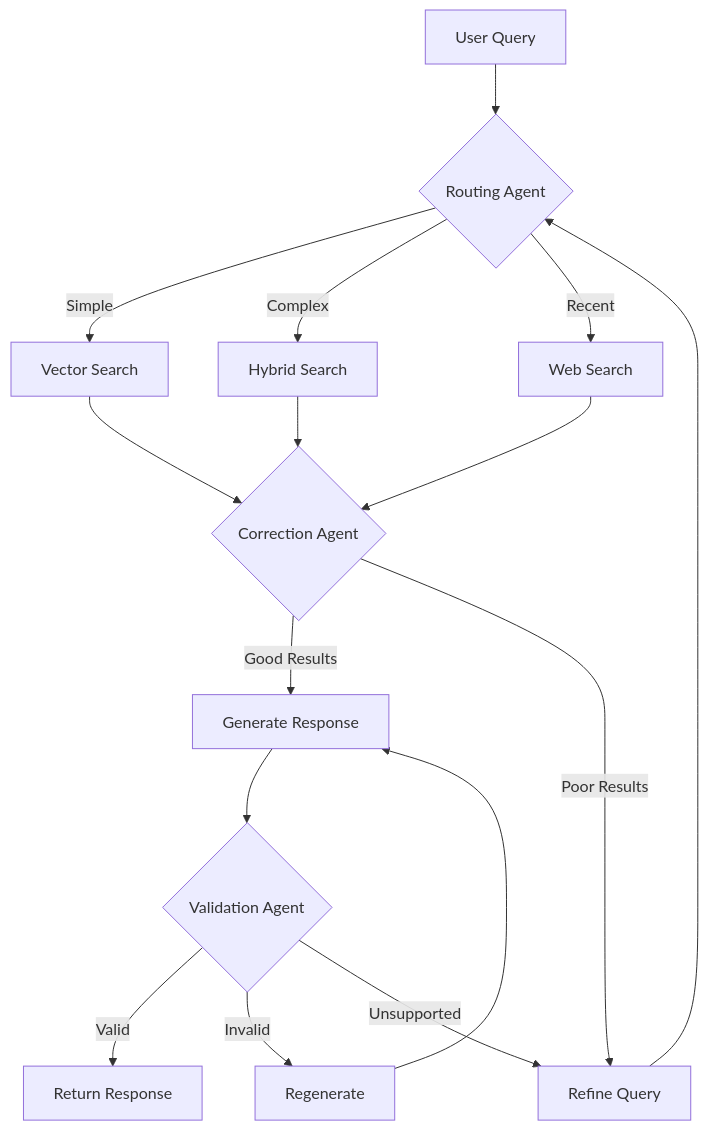
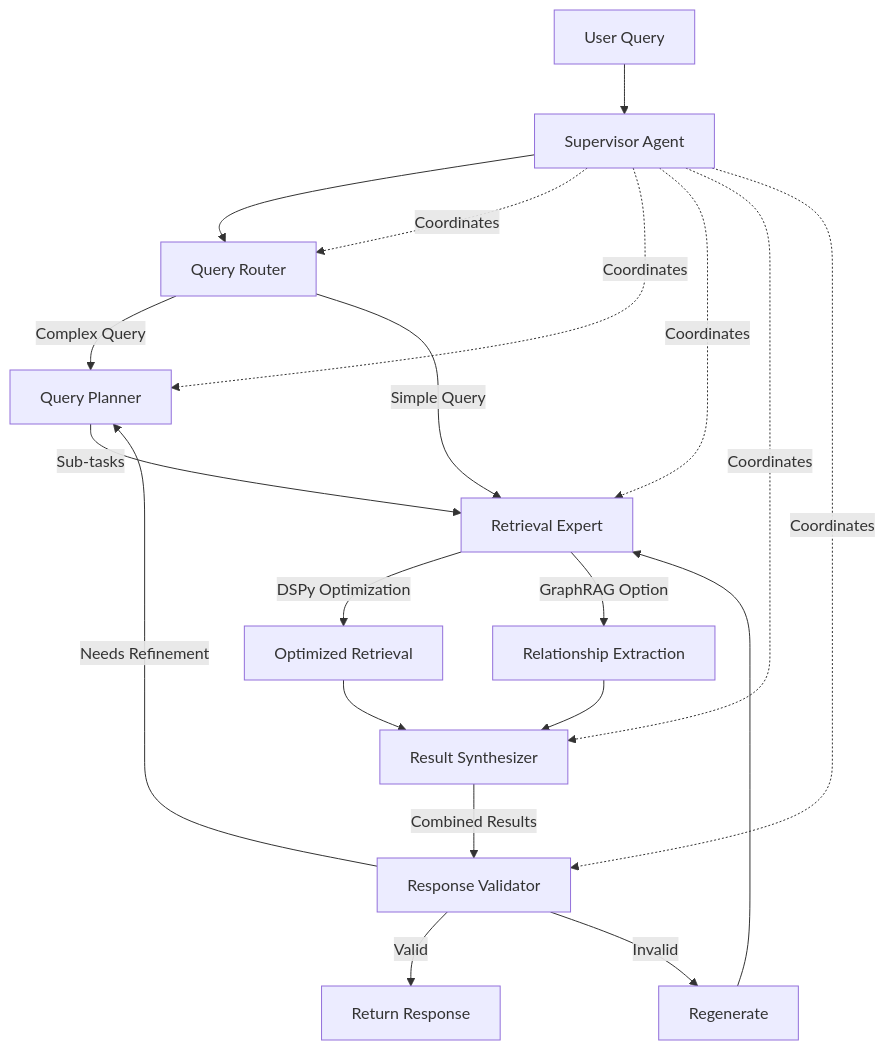
Before and after one commit to BjornMelin/docmind-ai-llm: the diagram in docs/adrs/new/ADR-001-NEW-modern-agentic-rag-architecture.md, drawn with Mermaid. The commit also changed other lines of this file and 14 other files, not shown here.

First line of the commit message:
docs(adrs): update architecture decision records for model specifications and agent architecture

````diff
--- a/docs/adrs/new/ADR-001-NEW-modern-agentic-rag-architecture.md
+++ b/docs/adrs/new/ADR-001-NEW-modern-agentic-rag-architecture.md
@@ -98,19 +103,25 @@
 ```mermaid
 graph TD
-    A[User Query] --> B{Routing Agent}
-    B -->|Simple| C[Vector Search]
-    B -->|Complex| D[Hybrid Search]
-    B -->|Recent| E[Web Search]
+    A[User Query] --> B[Supervisor Agent]
+    B --> C[Query Router]
+    C -->|Complex Query| D[Query Planner]
+    C -->|Simple Query| E[Retrieval Expert]
     
-    C --> F{Correction Agent}
-    D --> F
-    E --> F
+    D -->|Sub-tasks| E
+    E -->|DSPy Optimization| F[Optimized Retrieval]
+    E -->|GraphRAG Option| G[Relationship Extraction]
     
-    F -->|Good Results| G[Generate Response]
-    F -->|Poor Results| H[Refine Query] --> B
+    F --> H[Result Synthesizer]
+    G --> H
     
-    G --> I{Validation Agent}
+    H -->|Combined Results| I[Response Validator]
     I -->|Valid| J[Return Response]
-    I -->|Invalid| K[Regenerate] --> G
-    I -->|Unsupported| H
+    I -->|Invalid| K[Regenerate] --> E
+    I -->|Needs Refinement| D
+    
+    B -.->|Coordinates| C
+    B -.->|Coordinates| D
+    B -.->|Coordinates| E
+    B -.->|Coordinates| H
+    B -.->|Coordinates| I
 ```
````
